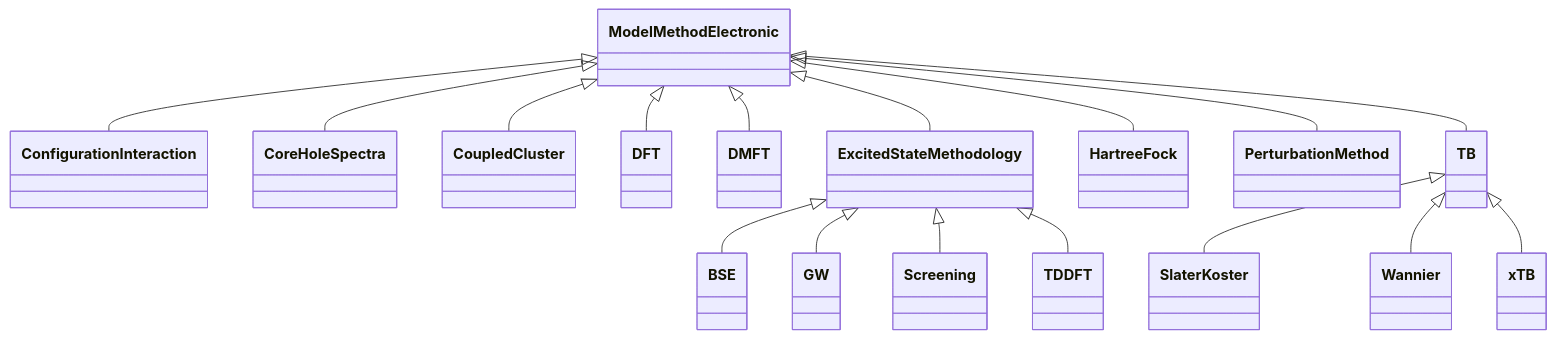
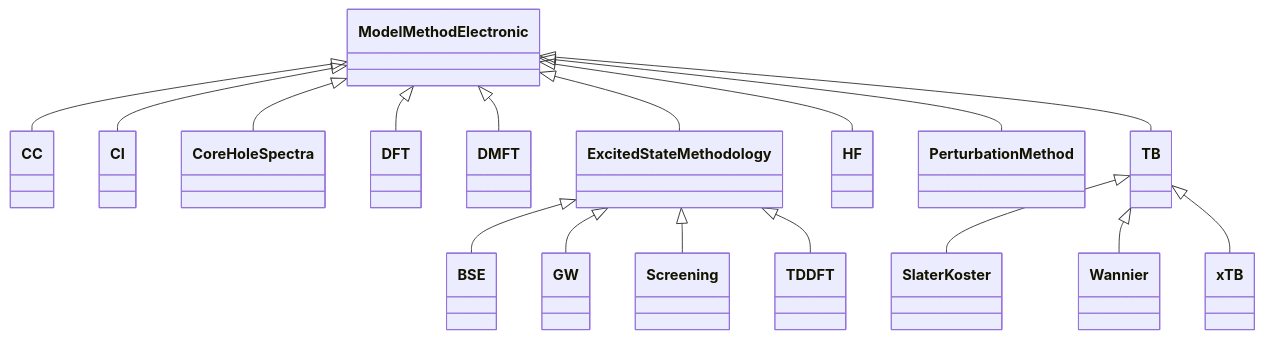
Before and after one commit to FAIRmat-NFDI/nomad-simulations: the diagram in docs/schema/model_method_electronic.diagram.md, drawn with Mermaid. The commit also changed 8 other files, not shown here.

````diff
--- a/docs/schema/model_method_electronic.diagram.md
+++ b/docs/schema/model_method_electronic.diagram.md
@@ -14,53 +14,53 @@
 ```mermaid
 classDiagram
     class BSE {
     }
-    class ConfigurationInteraction {
+    class CC {
+    }
+    class CI {
     }
     class CoreHoleSpectra {
-    }
-    class CoupledCluster {
     }
     class DFT {
     }
     class DMFT {
     }
     class ExcitedStateMethodology {
     }
     class GW {
     }
-    class HartreeFock {
+    class HF {
     }
     class ModelMethodElectronic {
     }
     class PerturbationMethod {
     }
     class Screening {
     }
     class SlaterKoster {
     }
     class TB {
     }
     class TDDFT {
     }
     class Wannier {
     }
     class xTB {
     }
     ExcitedStateMethodology <|-- BSE
-    ModelMethodElectronic <|-- ConfigurationInteraction
+    ModelMethodElectronic <|-- CC
+    ModelMethodElectronic <|-- CI
     ModelMethodElectronic <|-- CoreHoleSpectra
-    ModelMethodElectronic <|-- CoupledCluster
     ModelMethodElectronic <|-- DFT
     ModelMethodElectronic <|-- DMFT
     ModelMethodElectronic <|-- ExcitedStateMethodology
     ExcitedStateMethodology <|-- GW
-    ModelMethodElectronic <|-- HartreeFock
+    ModelMethodElectronic <|-- HF
     ModelMethodElectronic <|-- PerturbationMethod
     ExcitedStateMethodology <|-- Screening
     TB <|-- SlaterKoster
     ModelMethodElectronic <|-- TB
     ExcitedStateMethodology <|-- TDDFT
     TB <|-- Wannier
     TB <|-- xTB
 ```
````
